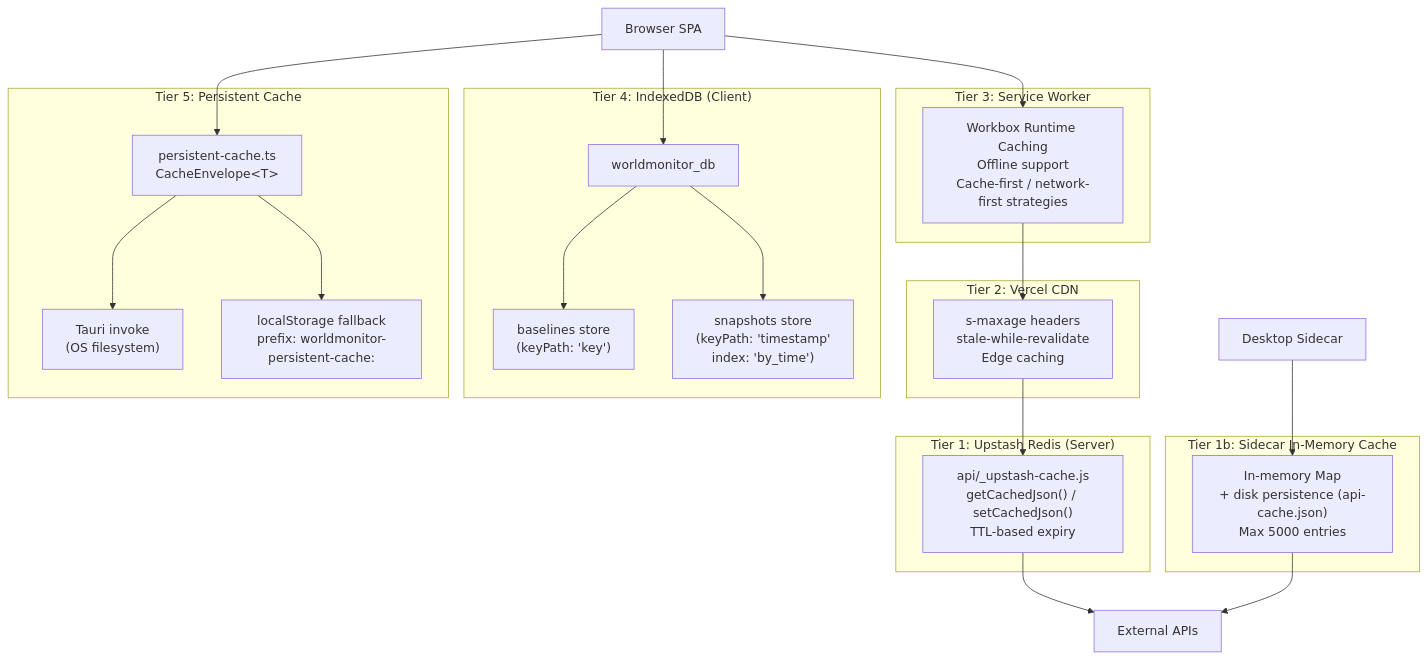
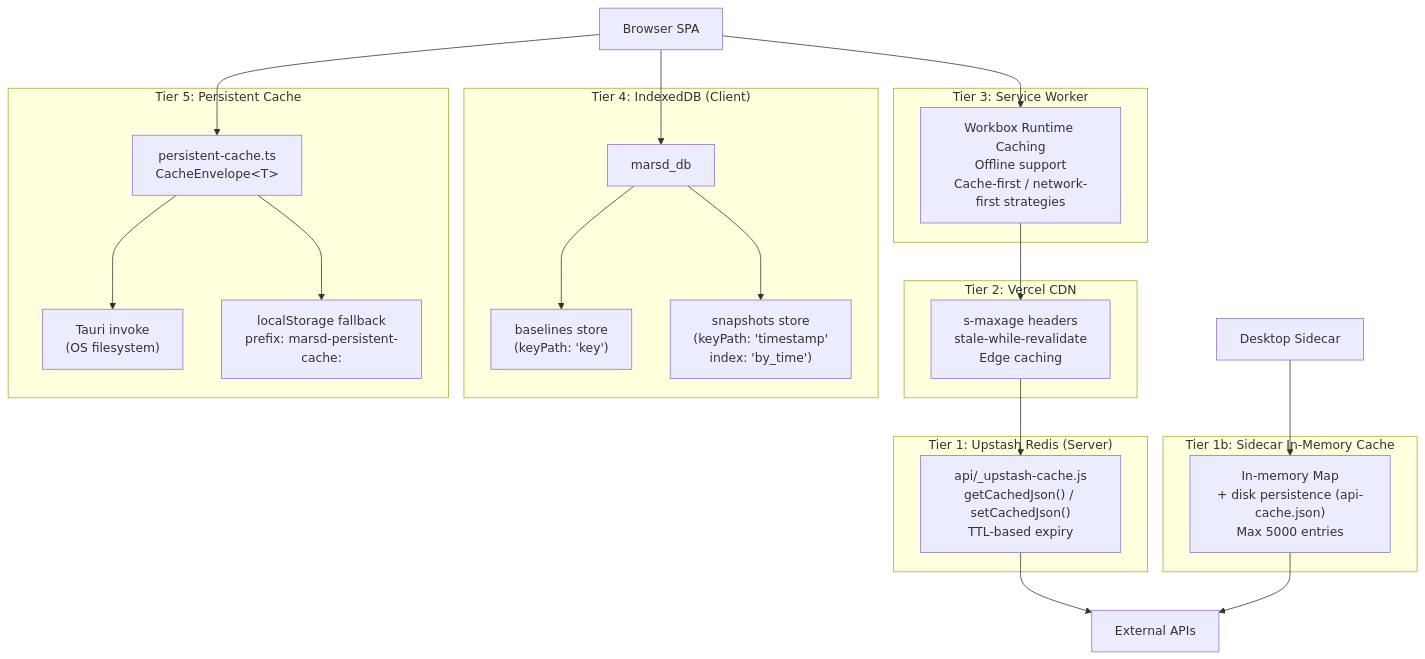
The sixth of 9 diagrams in docs/Docs_To_Review/ARCHITECTURE.md (MohamedGamil/marsd), drawn with Mermaid before and after one commit. The commit also changed other lines of this file and 611 other files, not shown here.

Commit message:
chore: Update protobuf schemas, generated code, API routes, UI components, services, documentation, and localization files across various domains.

````diff
--- a/docs/Docs_To_Review/ARCHITECTURE.md
+++ b/docs/Docs_To_Review/ARCHITECTURE.md
@@ -489,45 +489,45 @@
 ```mermaid
 graph TD
     subgraph Tier1["Tier 1: Upstash Redis (Server)"]
         Redis["api/_upstash-cache.js<br/>getCachedJson() / setCachedJson()<br/>TTL-based expiry"]
     end
 
     subgraph Tier1b["Tier 1b: Sidecar In-Memory Cache"]
         MemCache["In-memory Map<br/>+ disk persistence (api-cache.json)<br/>Max 5000 entries"]
     end
 
     subgraph Tier2["Tier 2: Vercel CDN"]
         CDN["s-maxage headers<br/>stale-while-revalidate<br/>Edge caching"]
     end
 
     subgraph Tier3["Tier 3: Service Worker"]
         Workbox["Workbox Runtime Caching<br/>Offline support<br/>Cache-first / network-first strategies"]
     end
 
     subgraph Tier4["Tier 4: IndexedDB (Client)"]
-        IDB["worldmonitor_db"]
+        IDB["marsd_db"]
         Baselines["baselines store<br/>(keyPath: 'key')"]
         Snapshots["snapshots store<br/>(keyPath: 'timestamp'<br/>index: 'by_time')"]
         IDB --> Baselines
         IDB --> Snapshots
     end
 
     subgraph Tier5["Tier 5: Persistent Cache"]
         PC["persistent-cache.ts<br/>CacheEnvelope&lt;T&gt;"]
         TauriInvoke["Tauri invoke<br/>(OS filesystem)"]
-        LSFallback["localStorage fallback<br/>prefix: worldmonitor-persistent-cache:"]
+        LSFallback["localStorage fallback<br/>prefix: marsd-persistent-cache:"]
         PC --> TauriInvoke
         PC --> LSFallback
     end
 
     Browser["Browser SPA"] --> Workbox
     Workbox --> CDN
     CDN --> Redis
     Redis --> ExternalAPI["External APIs"]
 
     Browser --> IDB
     Browser --> PC
 
     Sidecar["Desktop Sidecar"] --> MemCache
     MemCache --> ExternalAPI
 ```
````
